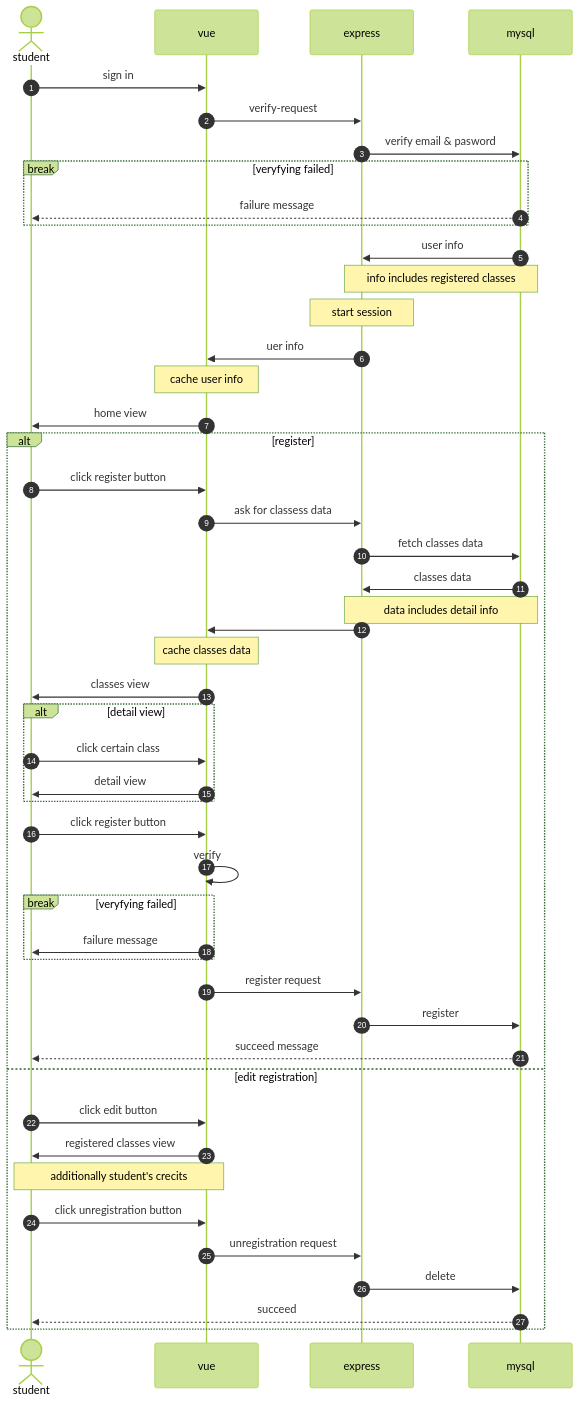
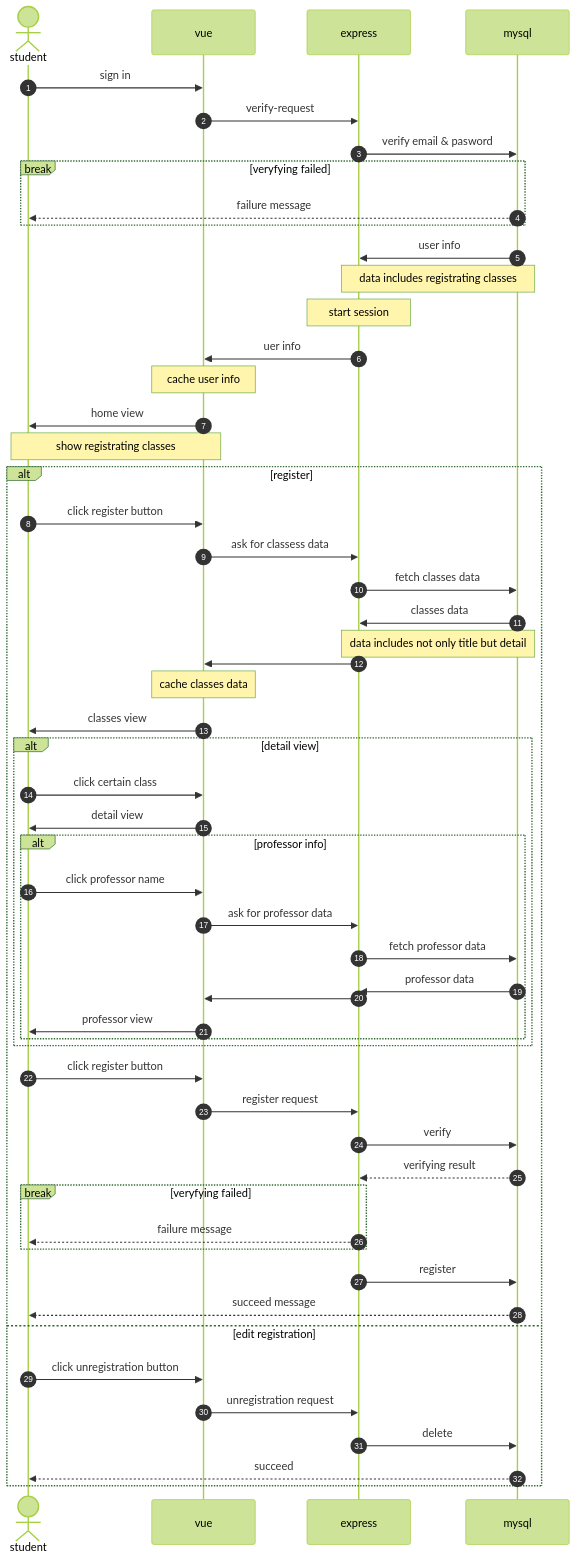
Before and after one commit to oda251/MockCourseRegistrationSite: the diagram in docs/Sequence.md, drawn with Mermaid (forest theme). The commit also changed 2 other files, not shown here.

Commit message:
[update]fixed sequence-diagram; write about professor-view

````diff
--- a/docs/Sequence.md
+++ b/docs/Sequence.md
@@ -1,55 +1,62 @@
 ```mermaid
 ---
 Sequence-diagram
 ---
 sequenceDiagram
 	autonumber
 	actor student
 	participant front as vue
 	participant back as express
 	participant db as mysql
 
 	student->>front: sign in
 	front->>back: verify-request
 	back->>db: verify email & pasword
 	break veryfying failed
 		db-->>student: failure message
 	end
 	db->>back: user info
-	Note over back, db: info includes registered classes
+	Note over back, db: data includes registrating classes
 	Note over back: start session
 	back->>front: uer info
 	Note over front: cache user info
 	front->>student: home view
+	Note over student, front: show registrating classes
 
 	alt register
 		student->>front: click register button
 		front->>back: ask for classess data
 		back->>db: fetch classes data
 		db->>back: classes data
-		Note over back, db: data includes detail info
+		Note over back, db: data includes not only title but detail
 		back->>front: 
 		Note over front: cache classes data
 		front->>student: classes view
 		alt detail view
 			student->>front: click certain class
 			front->>student: detail view
+			alt professor info
+				student->>front: click professor name
+				front->>back: ask for professor data
+				back->>db: fetch professor data
+				db->>back: professor data
+				back->>front: 
+				front->> student: professor view
+			end
 		end
 		student->>front: click register button
-		front->>front: verify
+		front->>back: register request
+		back->>db: verify
+		db-->>back: verifying result
 		break veryfying failed
-			front->>student: failure message
+			back-->>student: failure message
 		end
-		front->>back: register request
 		back->>db: register
 		db-->>student: succeed message
 	else edit registration
-		student->>front: click edit button
-		front->>student: registered classes view
-		Note over student, front: additionally student's crecits
 		student->>front: click unregistration button
 		front->>back: unregistration request
 		back->>db: delete
 		db-->>student: succeed  
 	end
 ```
````
